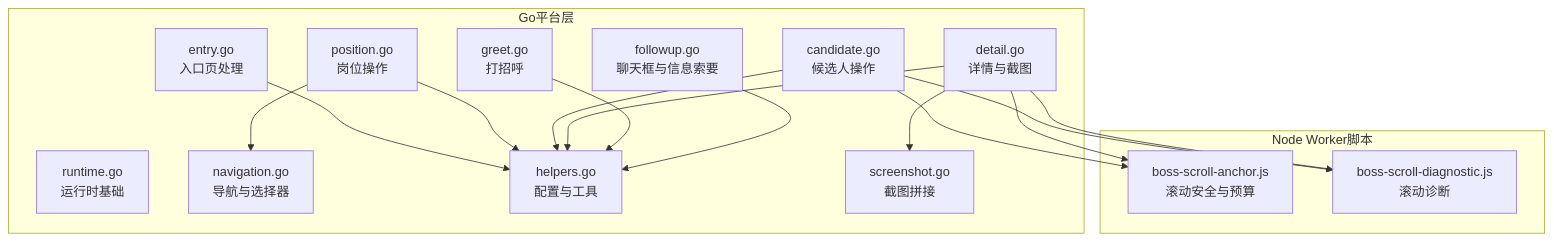
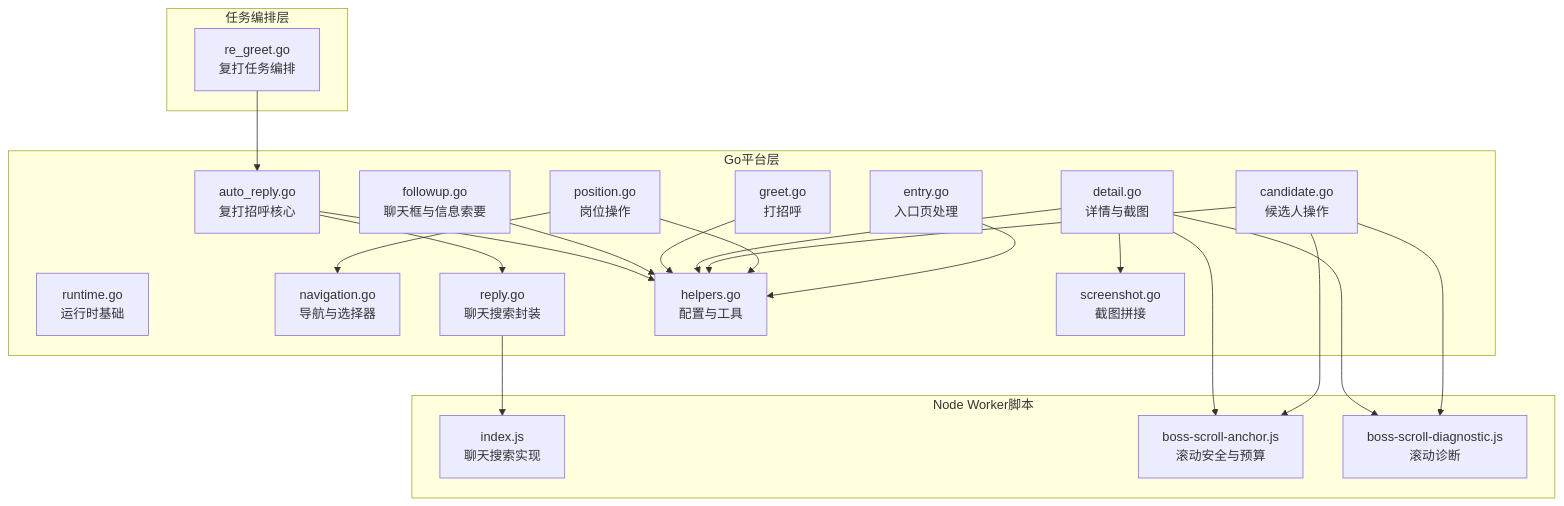
One commit to alvinwangzi/goodhr changed the first of 10 diagrams in .qoder/repowiki/zh/content/本地执行器/平台适配器/Boss直聘适配器/Boss直聘适配器.md. Above: the diagram before and after it, drawn with Mermaid. The commit also changed other lines of this file and 91 other files, not shown here.

````diff
--- a/.qoder/repowiki/zh/content/本地执行器/平台适配器/Boss直聘适配器/Boss直聘适配器.md
+++ b/.qoder/repowiki/zh/content/本地执行器/平台适配器/Boss直聘适配器/Boss直聘适配器.md
@@ -49,31 +63,41 @@
 ```mermaid
 graph TB
 subgraph "Go平台层"
 E["entry.go<br/>入口页处理"]
 R["runtime.go<br/>运行时基础"]
 N["navigation.go<br/>导航与选择器"]
 P["position.go<br/>岗位操作"]
 C["candidate.go<br/>候选人操作"]
 D["detail.go<br/>详情与截图"]
 G["greet.go<br/>打招呼"]
 F["followup.go<br/>聊天框与信息索要"]
+A["auto_reply.go<br/>复打招呼核心"]
+Y["reply.go<br/>聊天搜索封装"]
 H["helpers.go<br/>配置与工具"]
 S["screenshot.go<br/>截图拼接"]
 end
+subgraph "任务编排层"
+RG["re_greet.go<br/>复打任务编排"]
+end
 subgraph "Node Worker脚本"
-A["boss-scroll-anchor.js<br/>滚动安全与预算"]
-B["boss-scroll-diagnostic.js<br/>滚动诊断"]
+I["index.js<br/>聊天搜索实现"]
+AJS["boss-scroll-anchor.js<br/>滚动安全与预算"]
+BJS["boss-scroll-diagnostic.js<br/>滚动诊断"]
 end
 E --> H
 P --> N
 P --> H
 C --> H
 D --> H
 D --> S
 G --> H
 F --> H
-C --> A
-C --> B
-D --> A
-D --> B
+A --> Y
+A --> H
+RG --> A
+Y --> I
+C --> AJS
+C --> BJS
+D --> AJS
+D --> BJS
 ```
````
